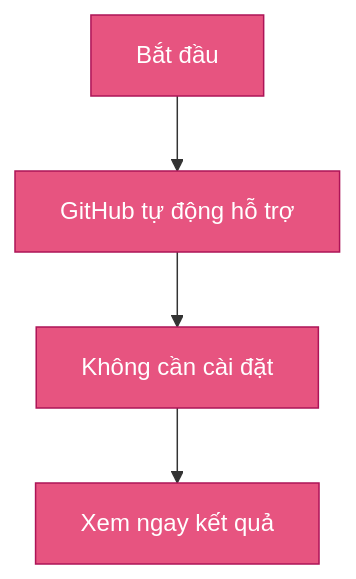
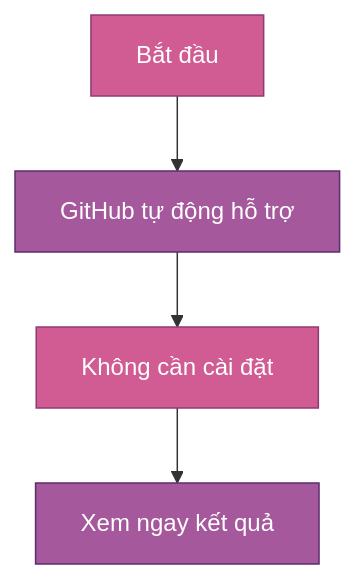
Before and after one commit to HoangLong208/hoc-mermaid: the diagram in README.md, drawn with Mermaid.

````diff
--- a/README.md
+++ b/README.md
@@ -2,14 +2,17 @@
 ```mermaid
 graph TD
     A[Bắt đầu] --> B[GitHub tự động hỗ trợ]
     B --> C[Không cần cài đặt]
     C --> D[Xem ngay kết quả]
 
-    %% Định nghĩa màu hồng cánh sen
-    classDef lotus fill:#E75480,color:#fff,stroke:#AD1457;
+    %% Định nghĩa màu hồng-tím blend
+    classDef lotusPink fill:#D15C93,color:#fff,stroke:#8E3B74;
+    classDef lotusPurple fill:#A5589C,color:#fff,stroke:#5B2C6F;
 
-    %% Gán màu cho tất cả node
-    class A,B,C,D lotus;
-
+    %% Gán màu
+    class A lotusPink;
+    class B lotusPurple;
+    class C lotusPink;
+    class D lotusPurple;
 
 ```
````
